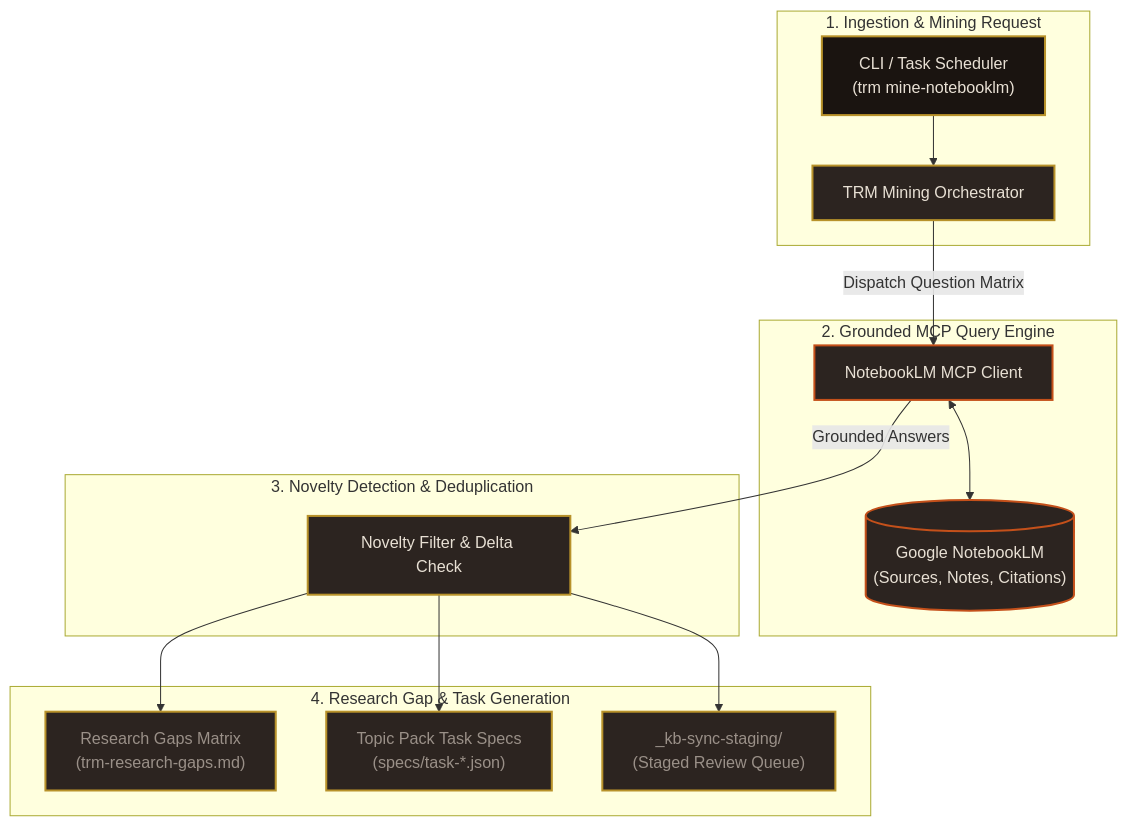
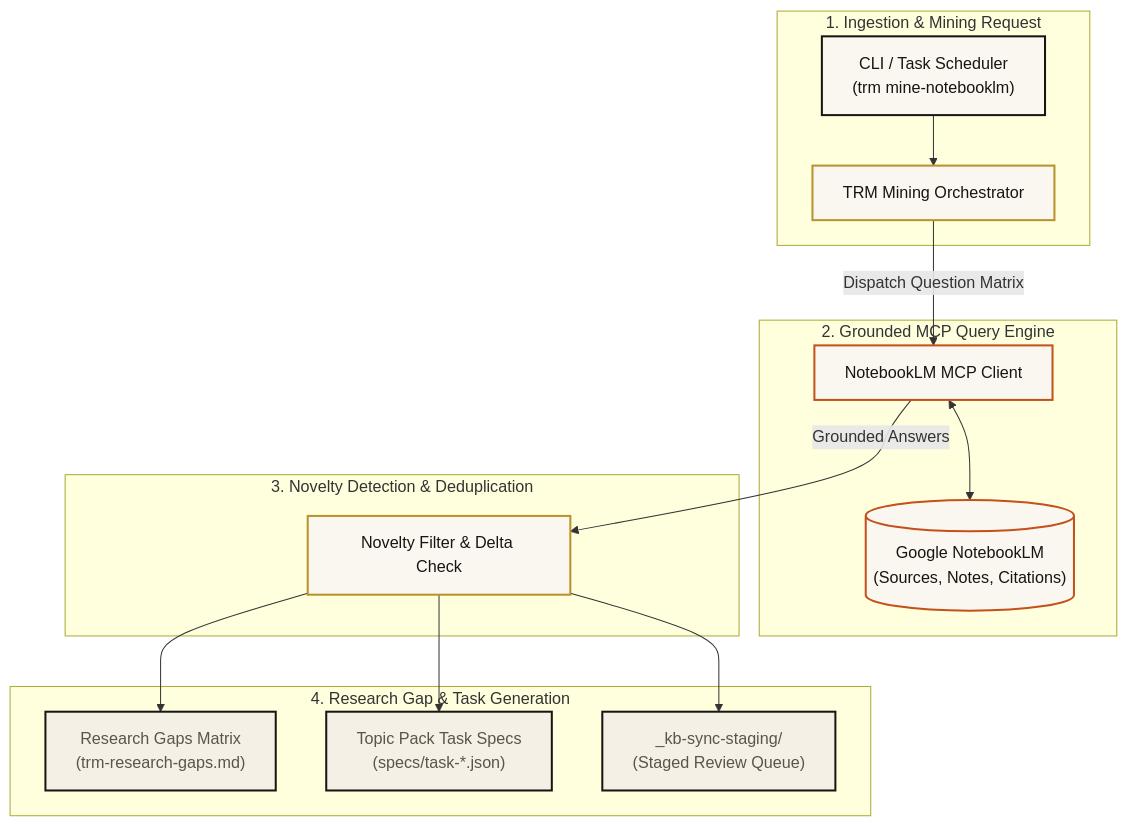
Before and after one commit to sorensencc-dotcom/TRM: the diagram in wiki/NotebookLM-&-Mining-Pipeline.md, drawn with Mermaid. The commit also changed 23 other files, not shown here.

First line of the commit message:
docs(wiki): CIC readable parchment diagrams (F5F0E6 field)

````diff
--- a/wiki/NotebookLM-&-Mining-Pipeline.md
+++ b/wiki/NotebookLM-&-Mining-Pipeline.md
@@ -37,36 +37,36 @@
 ```mermaid
 flowchart TD
-    classDef clientStyle fill:#1A1410,stroke:#B8922A,stroke-width:2px,color:#E8E0D4;
-    classDef engineStyle fill:#2C2420,stroke:#B8922A,stroke-width:2px,color:#E8E0D4;
-    classDef mcpStyle fill:#2C2420,stroke:#C4501A,stroke-width:2px,color:#E8E0D4;
-    classDef outStyle fill:#2C2420,stroke:#B8922A,stroke-width:2px,color:#9A9088;
+    classDef clientStyle fill:#FAF6F0,stroke:#1A1410,stroke-width:2px,color:#1A1410;
+    classDef engineStyle fill:#FAF6F0,stroke:#B8922A,stroke-width:2px,color:#1A1410;
+    classDef mcpStyle fill:#FAF6F0,stroke:#C4501A,stroke-width:2px,color:#1A1410;
+    classDef outStyle fill:#F5F0E6,stroke:#1A1410,stroke-width:2px,color:#5C5349;
 
     subgraph Client["1. Ingestion & Mining Request"]
         CLI_REQ["CLI / Task Scheduler<br/>(trm mine-notebooklm)"]:::clientStyle
         MINER_ENGINE["TRM Mining Orchestrator"]:::engineStyle
         CLI_REQ --> MINER_ENGINE
     end
 
     subgraph NotebookLM["2. Grounded MCP Query Engine"]
         MCP_SERVER["NotebookLM MCP Client"]:::mcpStyle
         NBLM_NOTEBOOK[("Google NotebookLM<br/>(Sources, Notes, Citations)")]:::mcpStyle
 
         MINER_ENGINE -->|Dispatch Question Matrix| MCP_SERVER
         MCP_SERVER <--> NBLM_NOTEBOOK
     end
 
     subgraph Processing["3. Novelty Detection & Deduplication"]
         DEDUP["Novelty Filter & Delta Check"]:::engineStyle
         MCP_SERVER -->|Grounded Answers| DEDUP
     end
 
     subgraph Outputs["4. Research Gap & Task Generation"]
         GAP_FILE["Research Gaps Matrix<br/>(trm-research-gaps.md)"]:::outStyle
         TASK_SPEC["Topic Pack Task Specs<br/>(specs/task-*.json)"]:::outStyle
         TRIAGE_QUEUE["_kb-sync-staging/<br/>(Staged Review Queue)"]:::outStyle
 
         DEDUP --> GAP_FILE
         DEDUP --> TASK_SPEC
         DEDUP --> TRIAGE_QUEUE
     end
 ```
````
